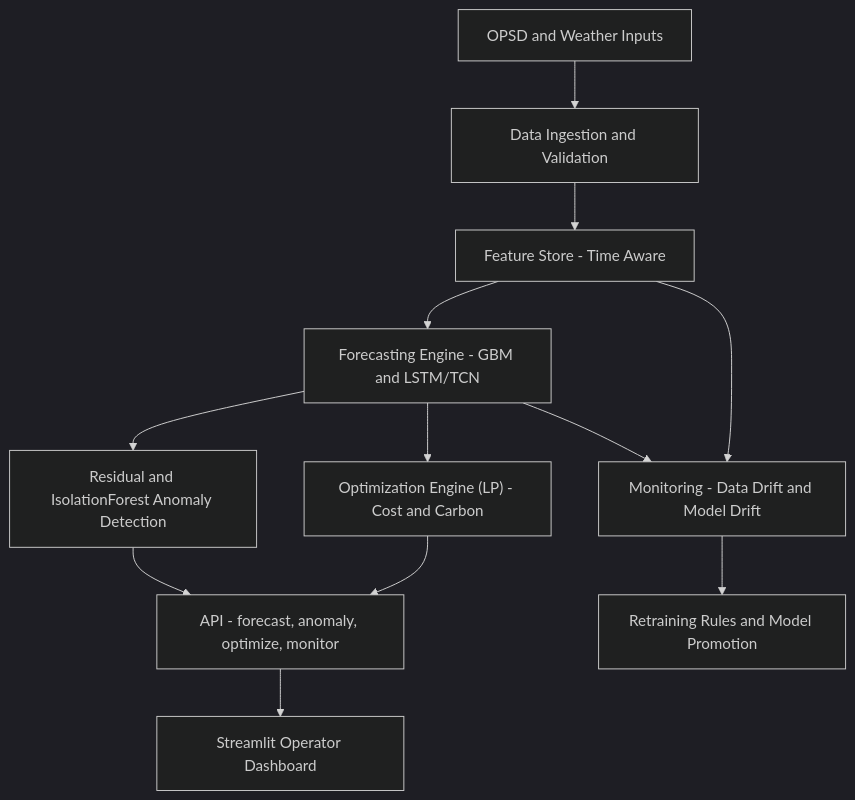
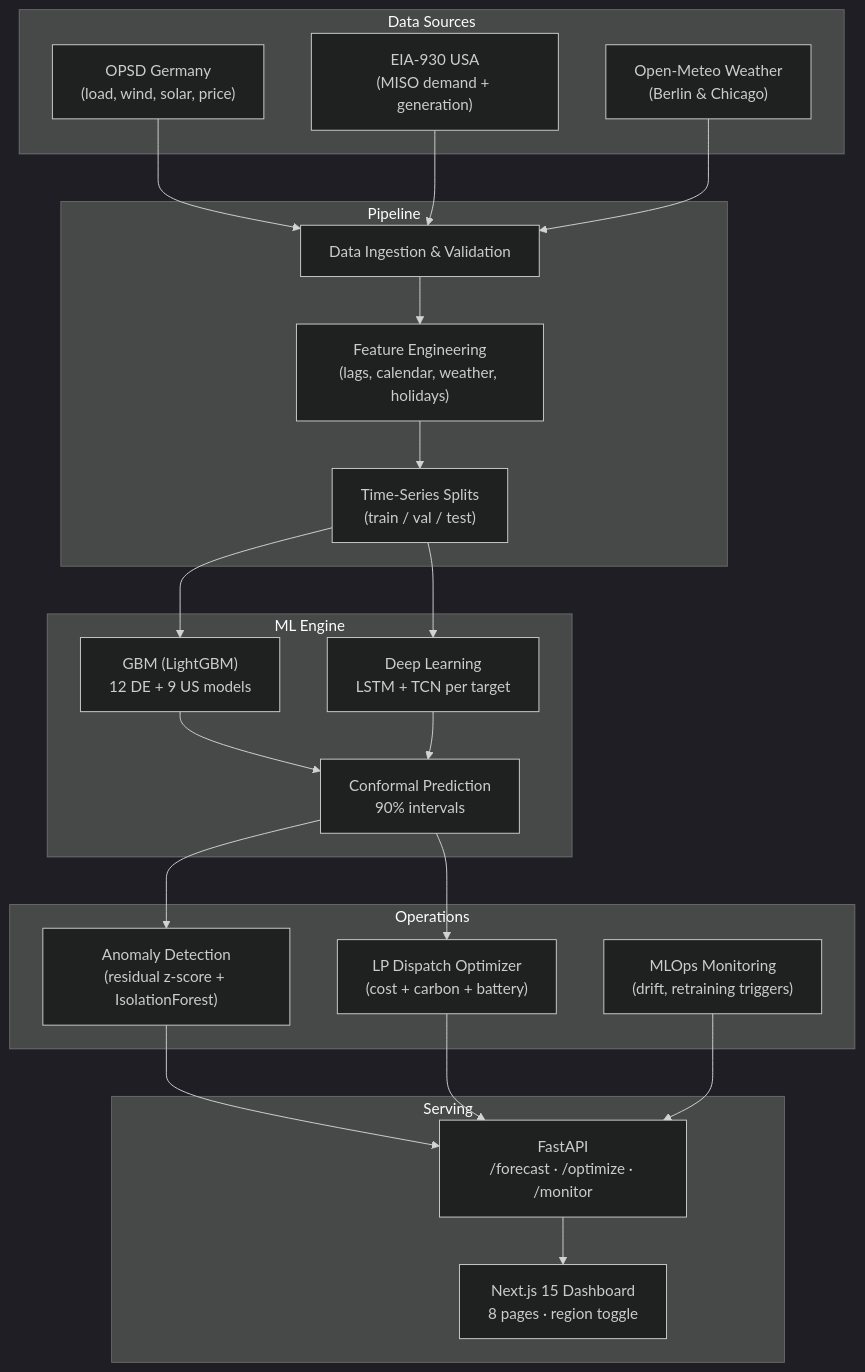
Before and after one commit to Pratikn03/Capstone_Projects: the diagram in README.md, drawn with Mermaid (dark theme). The commit also changed other lines of this file and 20 other files, not shown here.

````diff
--- a/README.md
+++ b/README.md
@@ -129,14 +44,37 @@
 ```mermaid
 flowchart TD
-  A["OPSD and Weather Inputs"] --> B["Data Ingestion and Validation"]
-  B --> C["Feature Store - Time Aware"]
-  C --> D["Forecasting Engine - GBM and LSTM/TCN"]
-  D --> E["Residual and IsolationForest Anomaly Detection"]
-  D --> F["Optimization Engine (LP) - Cost and Carbon"]
-  E --> G["API - forecast, anomaly, optimize, monitor"]
-  F --> G
-  G --> H["Streamlit Operator Dashboard"]
-  C --> I["Monitoring - Data Drift and Model Drift"]
-  D --> I
-  I --> J["Retraining Rules and Model Promotion"]
+  subgraph Data Sources
+    A1["OPSD Germany\n(load, wind, solar, price)"]
+    A2["EIA-930 USA\n(MISO demand + generation)"]
+    A3["Open-Meteo Weather\n(Berlin & Chicago)"]
+  end
+
+  subgraph Pipeline
+    B["Data Ingestion & Validation"]
+    C["Feature Engineering\n(lags, calendar, weather, holidays)"]
+    D["Time-Series Splits\n(train / val / test)"]
+  end
+
+  subgraph ML Engine
+    E["GBM (LightGBM)\n12 DE + 9 US models"]
+    F["Deep Learning\nLSTM + TCN per target"]
+    G["Conformal Prediction\n90% intervals"]
+  end
+
+  subgraph Operations
+    H["Anomaly Detection\n(residual z-score + IsolationForest)"]
+    I["LP Dispatch Optimizer\n(cost + carbon + battery)"]
+    J["MLOps Monitoring\n(drift, retraining triggers)"]
+  end
+
+  subgraph Serving
+    K["FastAPI\n/forecast · /optimize · /monitor"]
+    L["Next.js 15 Dashboard\n8 pages · region toggle"]
+  end
+
+  A1 & A2 & A3 --> B --> C --> D
+  D --> E & F
+  E & F --> G
+  G --> H & I
+  H & I & J --> K --> L
 ```
````
